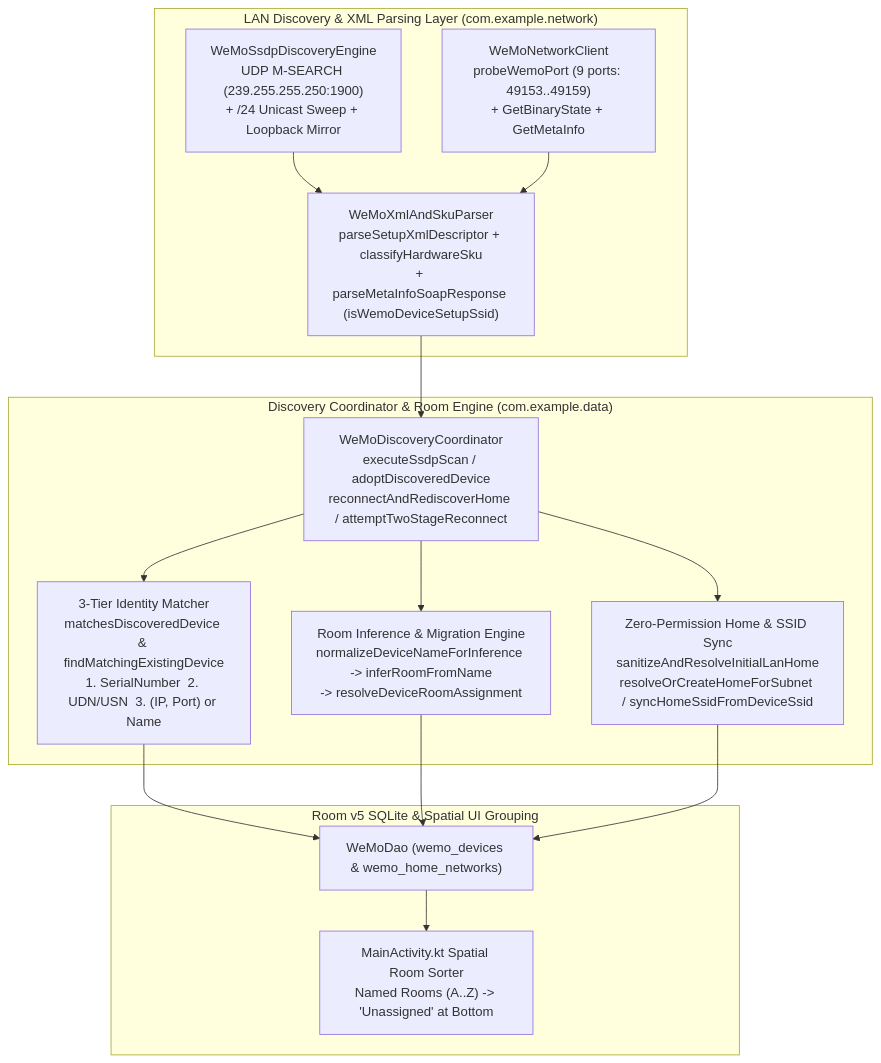
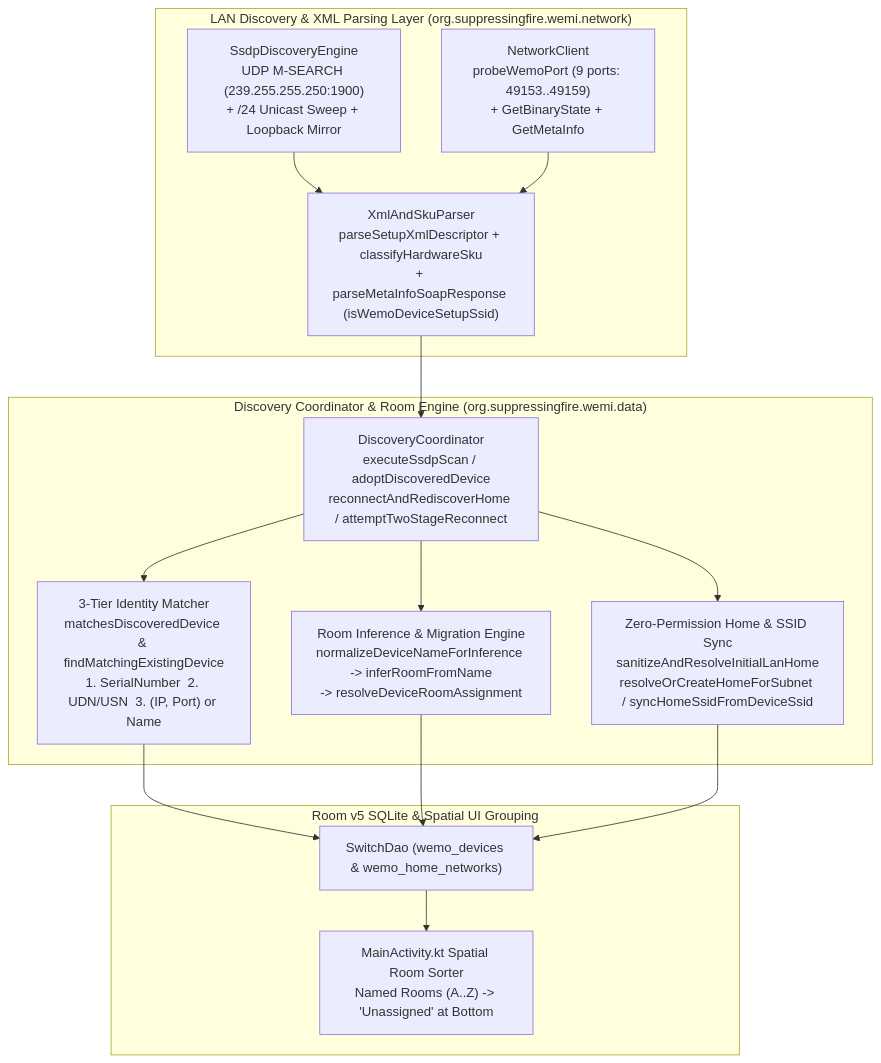
The diagram in DISCOVERY_AND_ROOM_GROUPING.md (MichaelRHead/WeMi-light-control), drawn with Mermaid before and after one commit. The commit also changed other lines of this file and 1 other file, not shown here.

Commit message:
docs(discovery): update DISCOVERY_AND_ROOM_GROUPING.md and skill for org.suppressingfire.wemi (v21.0)

````diff
--- a/DISCOVERY_AND_ROOM_GROUPING.md
+++ b/DISCOVERY_AND_ROOM_GROUPING.md
@@ -38,31 +38,31 @@
 ```mermaid
 flowchart TD
-    subgraph Network["LAN Discovery & XML Parsing Layer (com.example.network)"]
-        SSDP["WeMoSsdpDiscoveryEngine\nUDP M-SEARCH (239.255.255.250:1900)\n+ /24 Unicast Sweep + Loopback Mirror"]
-        XML["WeMoXmlAndSkuParser\nparseSetupXmlDescriptor + classifyHardwareSku\n+ parseMetaInfoSoapResponse (isWemoDeviceSetupSsid)"]
-        PORT["WeMoNetworkClient\nprobeWemoPort (9 ports: 49153..49159)\n+ GetBinaryState + GetMetaInfo"]
+    subgraph Network["LAN Discovery & XML Parsing Layer (org.suppressingfire.wemi.network)"]
+        SSDP["SsdpDiscoveryEngine\nUDP M-SEARCH (239.255.255.250:1900)\n+ /24 Unicast Sweep + Loopback Mirror"]
+        XML["XmlAndSkuParser\nparseSetupXmlDescriptor + classifyHardwareSku\n+ parseMetaInfoSoapResponse (isWemoDeviceSetupSsid)"]
+        PORT["NetworkClient\nprobeWemoPort (9 ports: 49153..49159)\n+ GetBinaryState + GetMetaInfo"]
     end
 
-    subgraph Coordinator["Discovery Coordinator & Room Engine (com.example.data)"]
-        COORD["WeMoDiscoveryCoordinator\nexecuteSsdpScan / adoptDiscoveredDevice\nreconnectAndRediscoverHome / attemptTwoStageReconnect"]
+    subgraph Coordinator["Discovery Coordinator & Room Engine (org.suppressingfire.wemi.data)"]
+        COORD["DiscoveryCoordinator\nexecuteSsdpScan / adoptDiscoveredDevice\nreconnectAndRediscoverHome / attemptTwoStageReconnect"]
         MATCH["3-Tier Identity Matcher\nmatchesDiscoveredDevice & findMatchingExistingDevice\n1. SerialNumber  2. UDN/USN  3. (IP, Port) or Name"]
         ROOM["Room Inference & Migration Engine\nnormalizeDeviceNameForInference -> inferRoomFromName\n-> resolveDeviceRoomAssignment"]
         HOME["Zero-Permission Home & SSID Sync\nsanitizeAndResolveInitialLanHome\nresolveOrCreateHomeForSubnet / syncHomeSsidFromDeviceSsid"]
     end
 
     subgraph StorageUI["Room v5 SQLite & Spatial UI Grouping"]
-        DB["WeMoDao (wemo_devices & wemo_home_networks)"]
+        DB["SwitchDao (wemo_devices & wemo_home_networks)"]
         SORT["MainActivity.kt Spatial Room Sorter\nNamed Rooms (A..Z) -> 'Unassigned' at Bottom"]
     end
 
     SSDP --> XML
     PORT --> XML
     XML --> COORD
     COORD --> MATCH
     COORD --> ROOM
     COORD --> HOME
     MATCH --> DB
     ROOM --> DB
     HOME --> DB
     DB --> SORT
 ```
````
